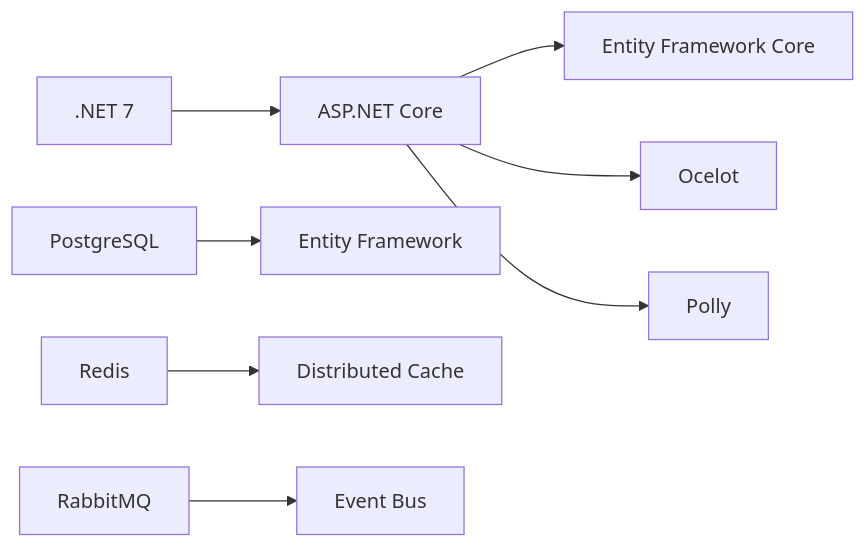
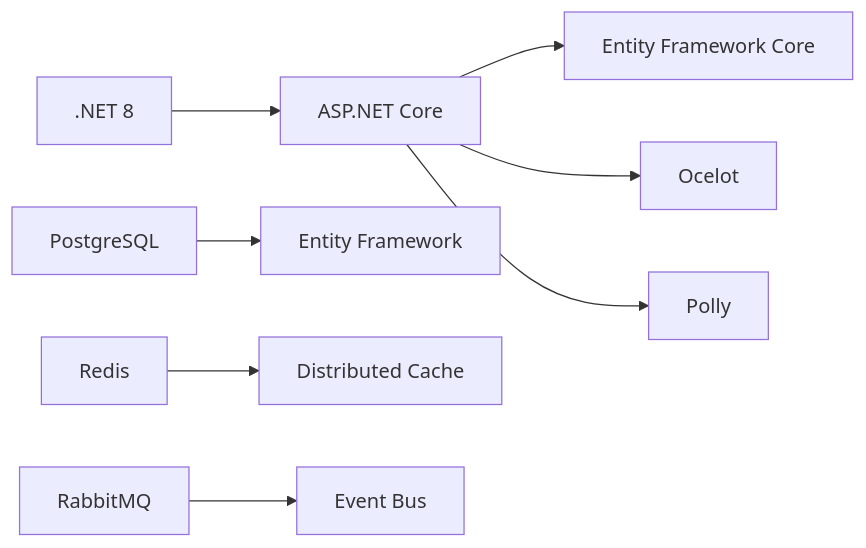
One commit to kalzimkholodros/MicroServices-Designed changed the second of 4 diagrams in README.md. Above: the diagram before and after it, drawn with Mermaid.

````diff
--- a/README.md
+++ b/README.md
@@ -71,11 +71,11 @@
 ```mermaid
 graph LR
-    A[.NET 7] --> B[ASP.NET Core]
+    A[.NET 8] --> B[ASP.NET Core]
     B --> C[Entity Framework Core]
     B --> D[Ocelot]
     B --> E[Polly]
     
     F[PostgreSQL] --> G[Entity Framework]
     H[Redis] --> I[Distributed Cache]
     J[RabbitMQ] --> K[Event Bus]
 ```
````
